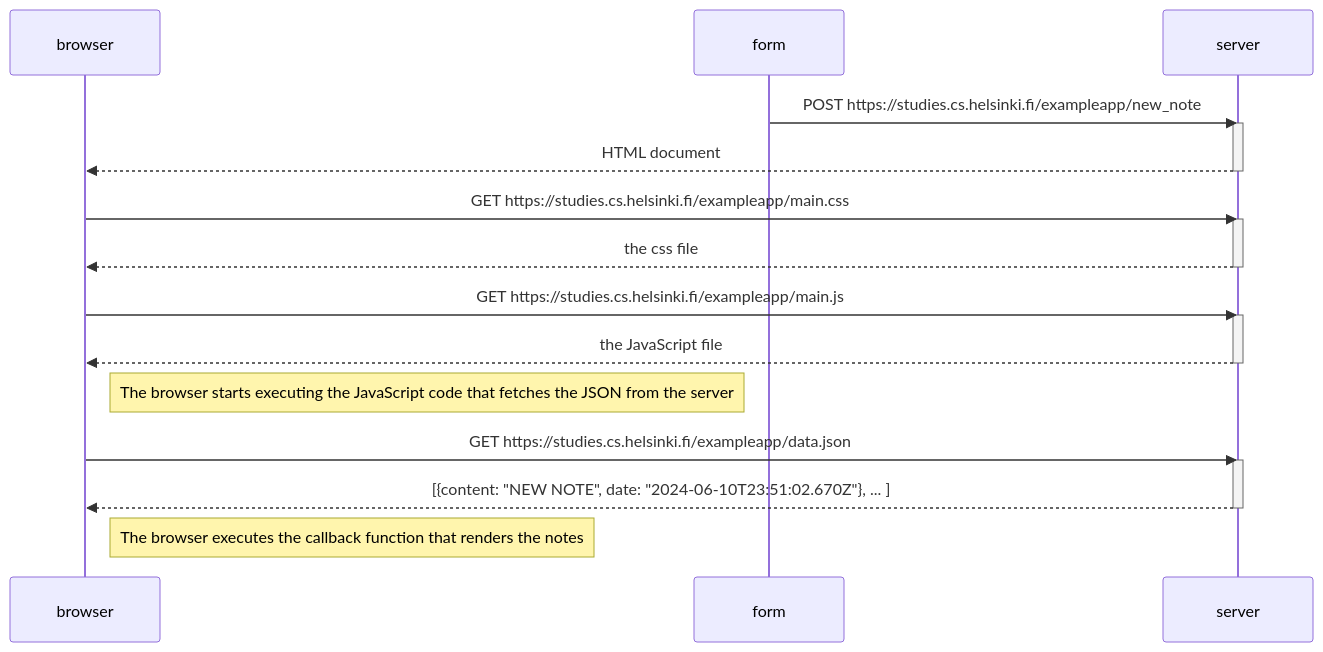
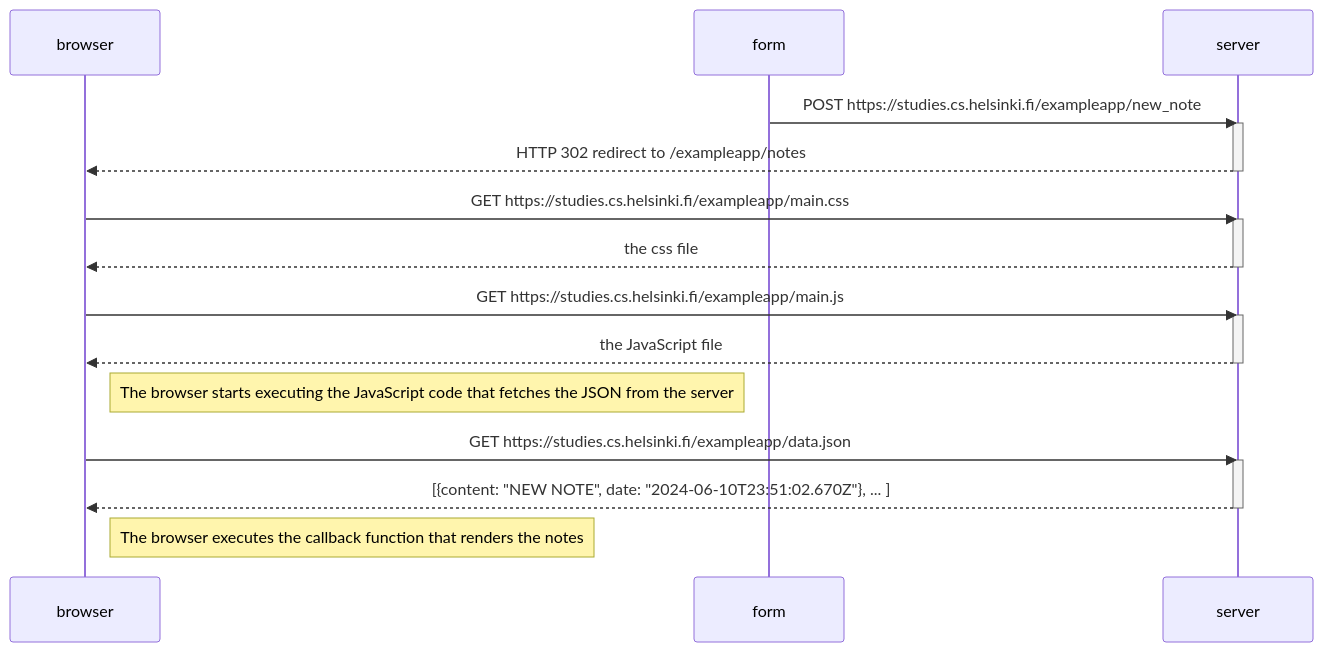
Before and after one commit to ejprietocal/part0: the diagram in .04.md, drawn with Mermaid.

````diff
--- a/.04.md
+++ b/.04.md
@@ -1,31 +1,31 @@
 ```mermaid
 sequenceDiagram
     participant browser
     participant form
     participant server
 
     form->>server: POST https://studies.cs.helsinki.fi/exampleapp/new_note
     activate server
-    server-->>browser: HTML document
+    server-->>browser: HTTP 302 redirect to /exampleapp/notes
     deactivate server
 
     browser->>server: GET https://studies.cs.helsinki.fi/exampleapp/main.css
     activate server
     server-->>browser: the css file
     deactivate server
 
     browser->>server: GET https://studies.cs.helsinki.fi/exampleapp/main.js
     activate server
     server-->>browser: the JavaScript file
     deactivate server
 
 
     Note right of browser: The browser starts executing the JavaScript code that fetches the JSON from the server
 
     browser->>server: GET https://studies.cs.helsinki.fi/exampleapp/data.json
     activate server
     server-->>browser: [{content: "NEW NOTE", date: "2024-06-10T23:51:02.670Z"}, ... ]
     deactivate server
 
     Note right of browser: The browser executes the callback function that renders the notes
 ```
````
